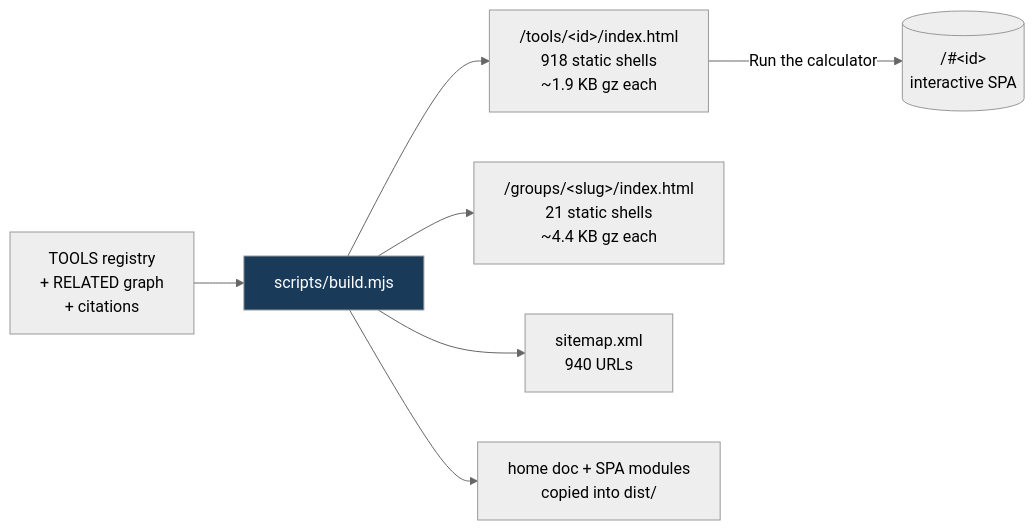
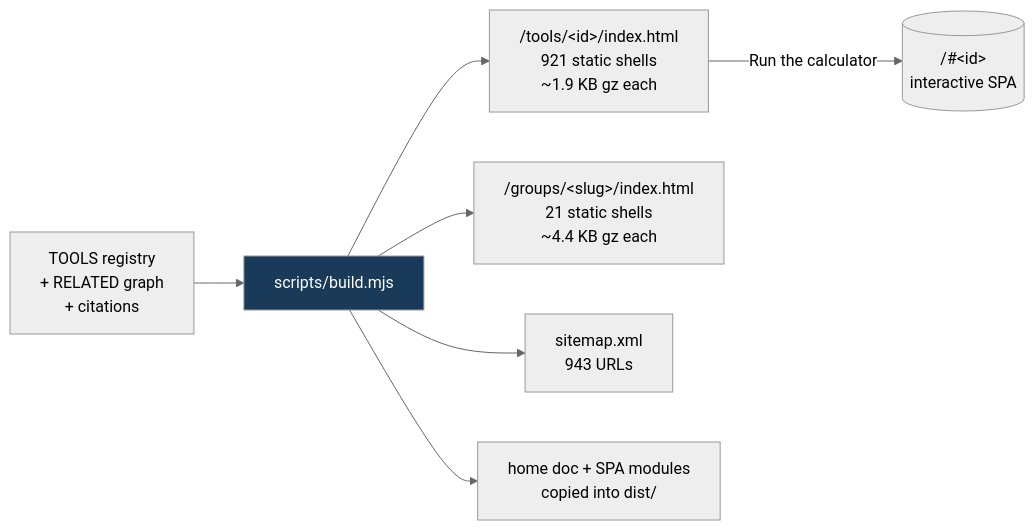
The fifth of 8 diagrams in README.md (clay-good/roughlogic.com), drawn with Mermaid (neutral theme) before and after one commit. The commit also changed other lines of this file and 18 other files, not shown here.

````diff
--- a/README.md
+++ b/README.md
@@ -495,10 +495,10 @@
 ```mermaid
 flowchart LR
     SRC[TOOLS registry\n+ RELATED graph\n+ citations] --> BUILD[scripts/build.mjs]
-    BUILD --> TILE["/tools/&lt;id&gt;/index.html\n918 static shells\n~1.9 KB gz each"]
+    BUILD --> TILE["/tools/&lt;id&gt;/index.html\n921 static shells\n~1.9 KB gz each"]
     BUILD --> GROUP["/groups/&lt;slug&gt;/index.html\n21 static shells\n~4.4 KB gz each"]
-    BUILD --> MAP["sitemap.xml\n940 URLs"]
+    BUILD --> MAP["sitemap.xml\n943 URLs"]
     BUILD --> COPY[home doc + SPA modules\ncopied into dist/]
     TILE -->|Run the calculator| SPA[("/#&lt;id&gt;\ninteractive SPA")]
     style BUILD fill:#1a3a5a,color:#fff
 ```
````
